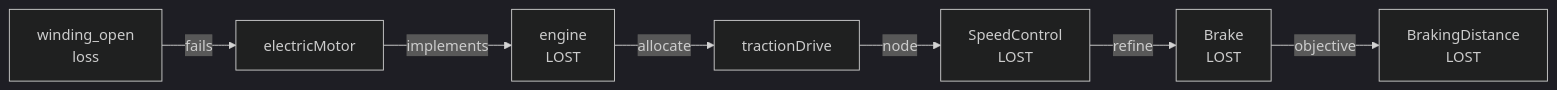
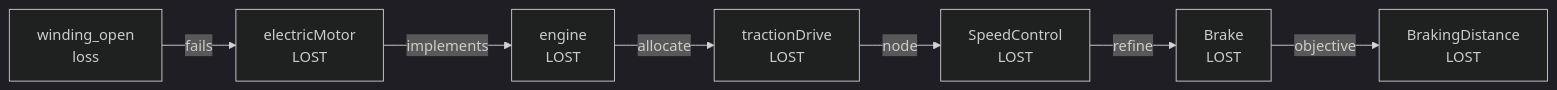
Before and after one commit to PerTengkvist/sysmlviewer: the first of 3 diagrams in examples/electric_car/fmea/docs/fmea-report.md, drawn with Mermaid (dark theme). The commit also changed other lines of this file and 15 other files, not shown here.

````diff
--- a/examples/electric_car/fmea/docs/fmea-report.md
+++ b/examples/electric_car/fmea/docs/fmea-report.md
@@ -43,16 +43,16 @@
 ```mermaid
 flowchart LR
     m_winding_open["winding_open<br/>loss"]
-    n0_electricMotor["electricMotor"]
+    n0_electricMotor["electricMotor<br/>LOST"]
     n1_engine["engine<br/>LOST"]
-    n2_tractionDrive["tractionDrive"]
+    n2_tractionDrive["tractionDrive<br/>LOST"]
     n3_SpeedControl["SpeedControl<br/>LOST"]
     n4_Brake["Brake<br/>LOST"]
     n5_BrakingDistance["BrakingDistance<br/>LOST"]
     m_winding_open -->|fails| n0_electricMotor
     n0_electricMotor -->|implements| n1_engine
     n1_engine -->|allocate| n2_tractionDrive
     n2_tractionDrive -->|node| n3_SpeedControl
     n3_SpeedControl -->|refine| n4_Brake
     n4_Brake -->|objective| n5_BrakingDistance
 ```
````
